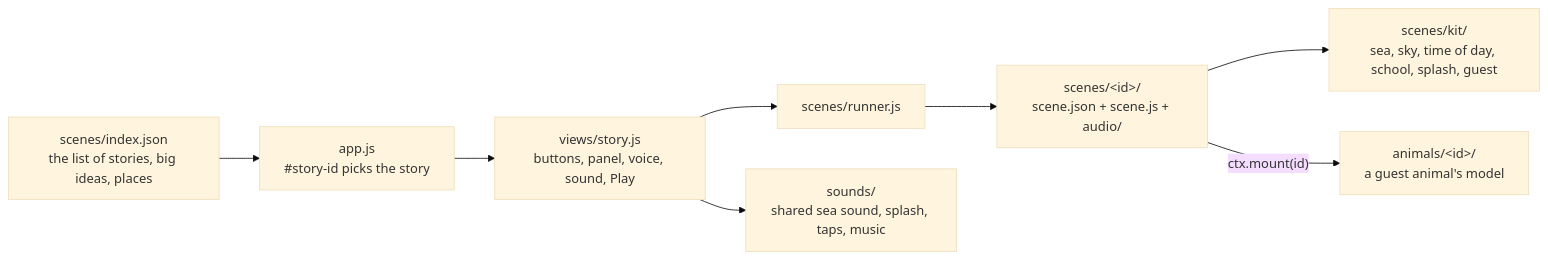
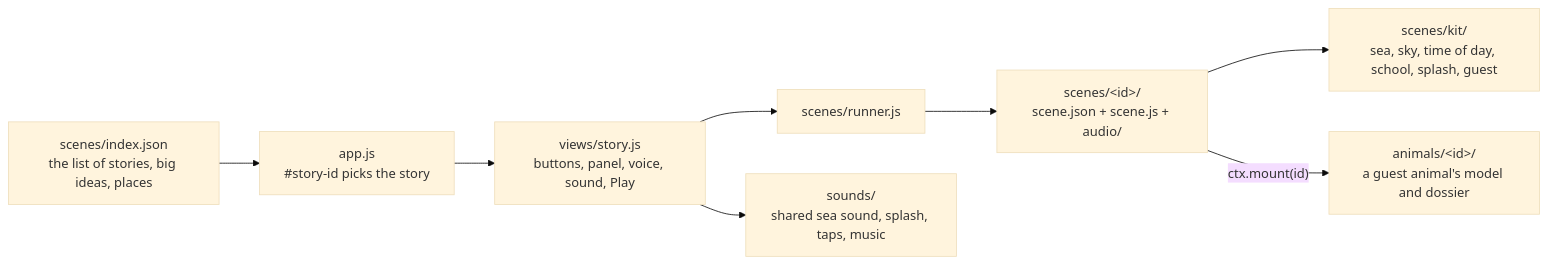
Before and after one commit to KeithMoc/big-blue-tales: the diagram in README.md, drawn with Mermaid (base theme). The commit also changed other lines of this file and 54 other files, not shown here.

````diff
--- a/README.md
+++ b/README.md
@@ -36,10 +44,10 @@
 ```mermaid
 flowchart LR
   index["scenes/index.json<br/>the list of stories, big ideas, places"] --> app["app.js<br/>#story-id picks the story"]
   app --> view["views/story.js<br/>buttons, panel, voice, sound, Play"]
   view --> runner["scenes/runner.js"]
   runner --> story["scenes/&lt;id&gt;/<br/>scene.json + scene.js + audio/"]
   story --> kit["scenes/kit/<br/>sea, sky, time of day, school, splash, guest"]
-  story -- "ctx.mount(id)" --> guest["animals/&lt;id&gt;/<br/>a guest animal's model"]
+  story -- "ctx.mount(id)" --> guest["animals/&lt;id&gt;/<br/>a guest animal's model and dossier"]
   view --> sounds["sounds/<br/>shared sea sound, splash, taps, music"]
 ```
````
